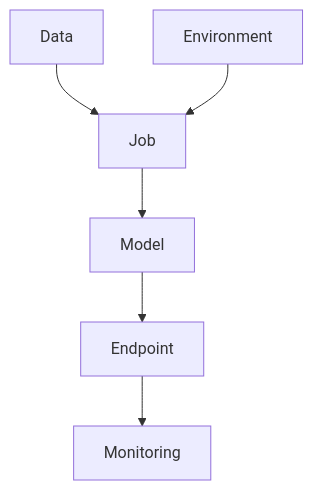
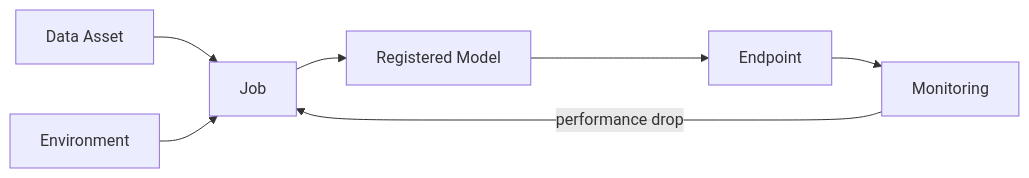
The diagram in docs/modules/04-assets-and-lifecycle.md (Cloud2BR-TEC/ai-academy-101-ml), drawn with Mermaid before and after one commit. The commit also changed other lines of this file and 18 other files, not shown here.

````diff
--- a/docs/modules/04-assets-and-lifecycle.md
+++ b/docs/modules/04-assets-and-lifecycle.md
@@ -29,8 +48,9 @@
 ```mermaid
-graph TD
-    D[Data] --> J[Job]
-    E[Environment] --> J
-    J --> M[Model]
+graph LR
+    DA[Data Asset] --> J[Job]
+    ENV[Environment] --> J
+    J --> M[Registered Model]
     M --> EP[Endpoint]
     EP --> MON[Monitoring]
+    MON -->|performance drop| J
 ```
````
